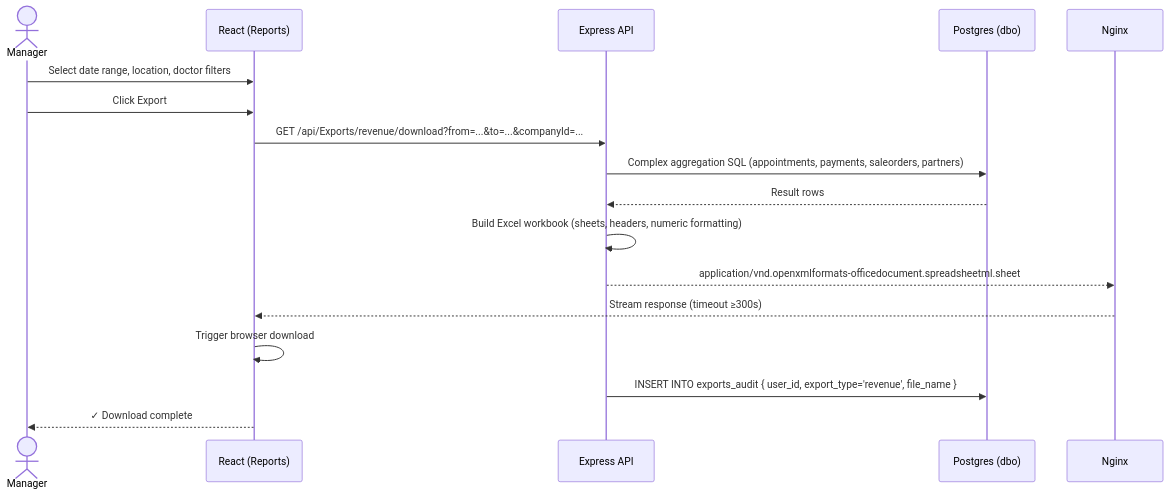
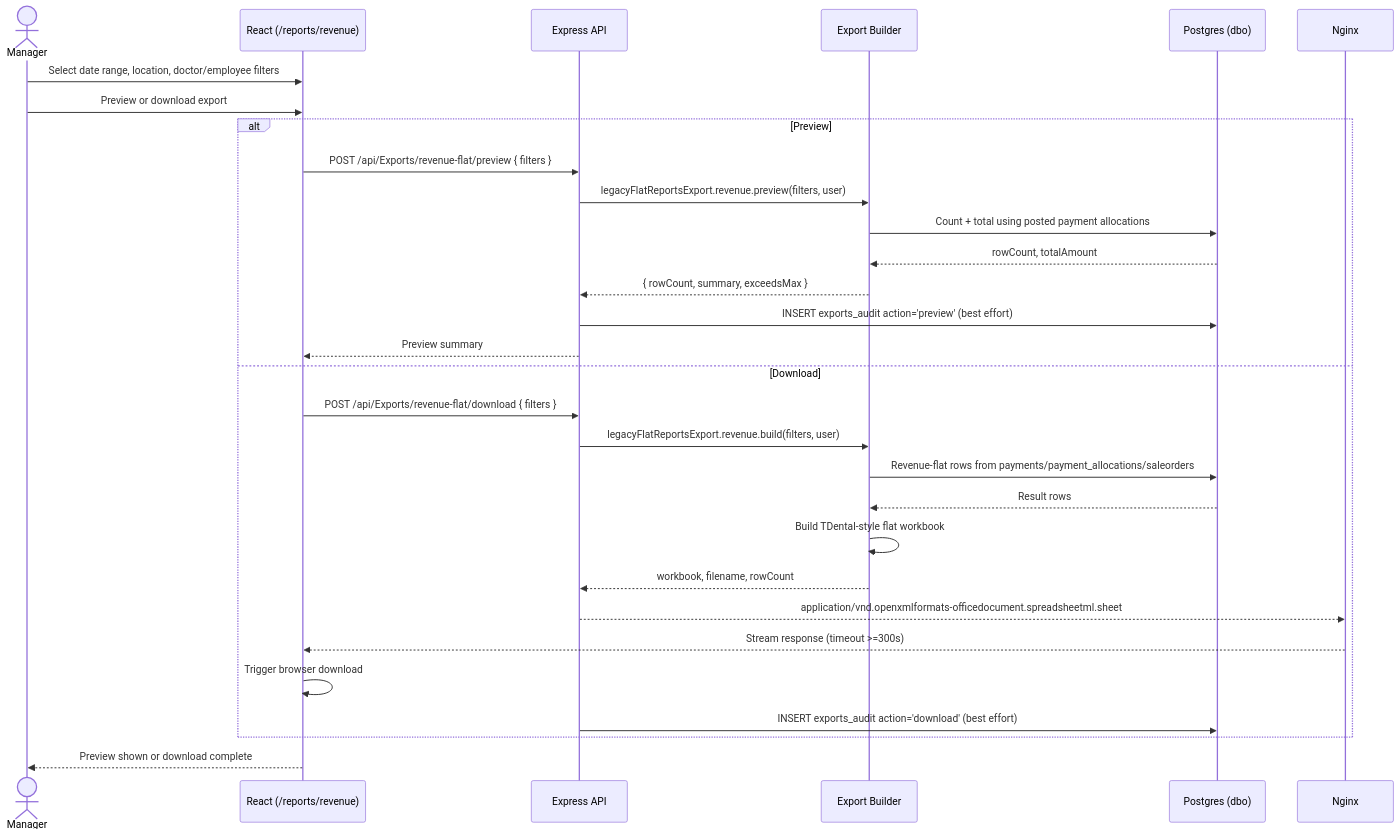
One commit to niiiusburo/Tgroup changed the fifth of 14 diagrams in docs/WORKFLOWS.md. Above: the diagram before and after it, drawn with Mermaid. The commit also changed other lines of this file and 45 other files, not shown here.

First line of the commit message:
wip: revenue report fixes, payment method cleanup, doc refresh

````diff
--- a/docs/WORKFLOWS.md
+++ b/docs/WORKFLOWS.md
@@ -189,20 +193,33 @@
 ```mermaid
 sequenceDiagram
     actor M as Manager
-    participant FE as React (Reports)
+    participant FE as React (/reports/revenue)
     participant API as Express API
+    participant Builder as Export Builder
     participant DB as Postgres (dbo)
     participant Nginx as Nginx
-    
-    M->>FE: Select date range, location, doctor filters
-    M->>FE: Click Export
-    FE->>API: GET /api/Exports/revenue/download?from=...&to=...&companyId=...
-    API->>DB: Complex aggregation SQL (appointments, payments, saleorders, partners)
-    DB-->>API: Result rows
-    API->>API: Build Excel workbook (sheets, headers, numeric formatting)
-    API-->>Nginx: application/vnd.openxmlformats-officedocument.spreadsheetml.sheet
-    Nginx-->>FE: Stream response (timeout ≥300s)
-    FE->>FE: Trigger browser download
-    API->>DB: INSERT INTO exports_audit { user_id, export_type='revenue', file_name }
-    FE-->>M: ✓ Download complete
+
+    M->>FE: Select date range, location, doctor/employee filters
+    M->>FE: Preview or download export
+    alt Preview
+        FE->>API: POST /api/Exports/revenue-flat/preview { filters }
+        API->>Builder: legacyFlatReportsExport.revenue.preview(filters, user)
+        Builder->>DB: Count + total using posted payment allocations
+        DB-->>Builder: rowCount, totalAmount
+        Builder-->>API: { rowCount, summary, exceedsMax }
+        API->>DB: INSERT exports_audit action='preview' (best effort)
+        API-->>FE: Preview summary
+    else Download
+        FE->>API: POST /api/Exports/revenue-flat/download { filters }
+        API->>Builder: legacyFlatReportsExport.revenue.build(filters, user)
+        Builder->>DB: Revenue-flat rows from payments/payment_allocations/saleorders
+        DB-->>Builder: Result rows
+        Builder->>Builder: Build TDental-style flat workbook
+        Builder-->>API: workbook, filename, rowCount
+        API-->>Nginx: application/vnd.openxmlformats-officedocument.spreadsheetml.sheet
+        Nginx-->>FE: Stream response (timeout >=300s)
+        FE->>FE: Trigger browser download
+        API->>DB: INSERT exports_audit action='download' (best effort)
+    end
+    FE-->>M: Preview shown or download complete
 ```
````
